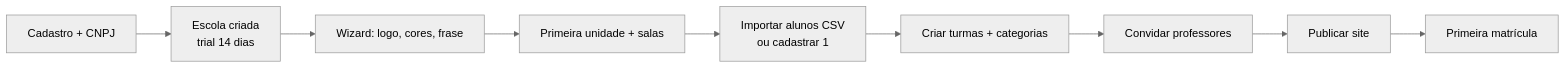
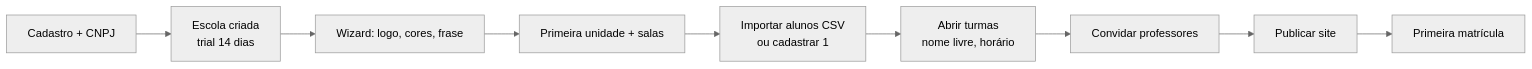
One commit to Autoric-Automation-Systems/nextgen changed the first of 3 diagrams in docs/03-personas-jornadas.md. Above: the diagram before and after it, drawn with Mermaid (neutral theme). The commit also changed other lines of this file and 59 other files, not shown here.

````diff
--- a/docs/03-personas-jornadas.md
+++ b/docs/03-personas-jornadas.md
@@ -43,11 +43,11 @@
 ```mermaid
 flowchart LR
     A[Cadastro + CNPJ] --> B[Escola criada<br/>trial 14 dias]
     B --> C[Wizard: logo, cores, frase]
     C --> D[Primeira unidade + salas]
     D --> E[Importar alunos CSV<br/>ou cadastrar 1]
-    E --> F[Criar turmas + categorias]
+    E --> F[Abrir turmas<br/>nome livre, horário]
     F --> G[Convidar professores]
     G --> H[Publicar site]
     H --> I[Primeira matrícula]
 ```
````
